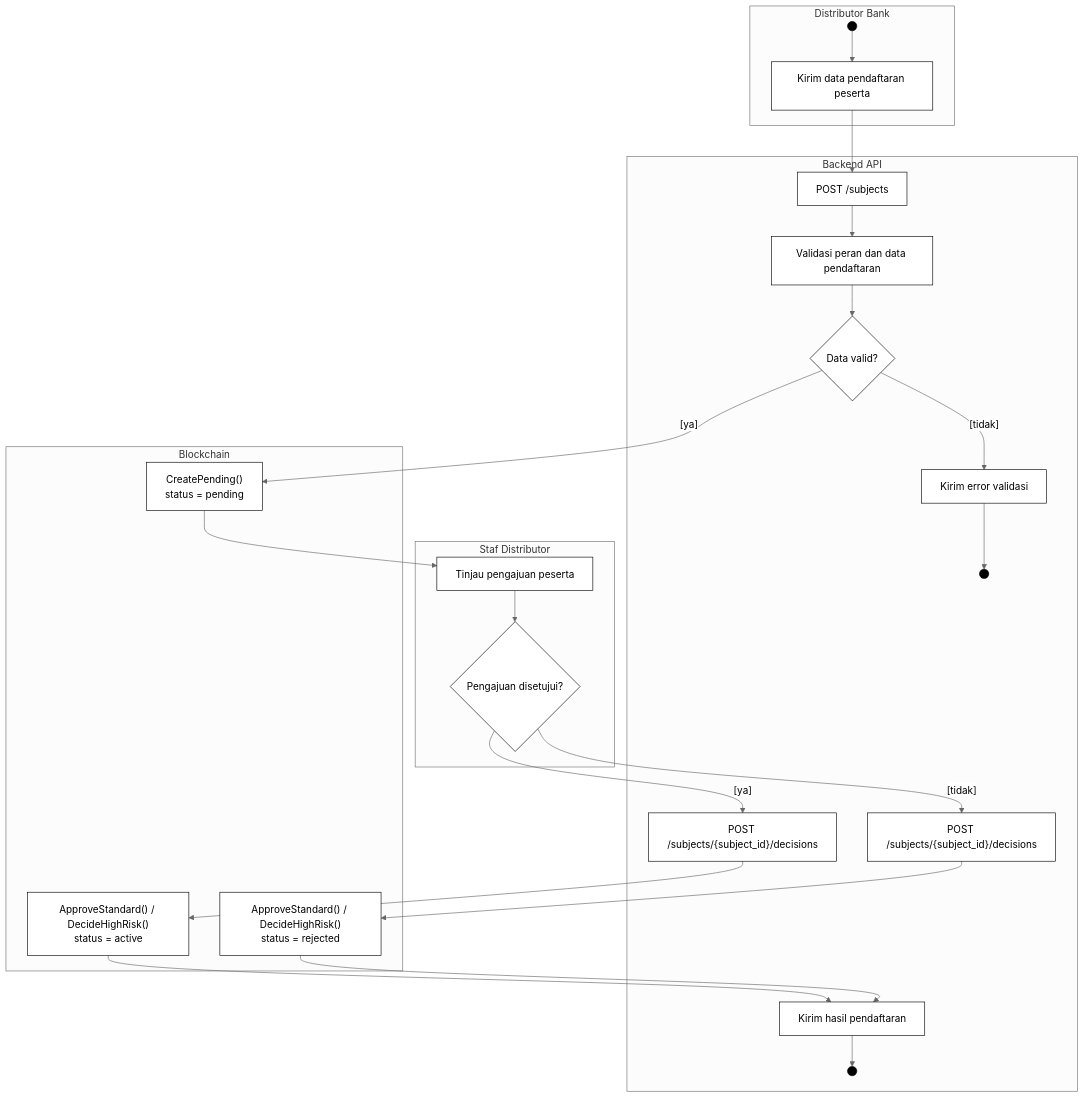
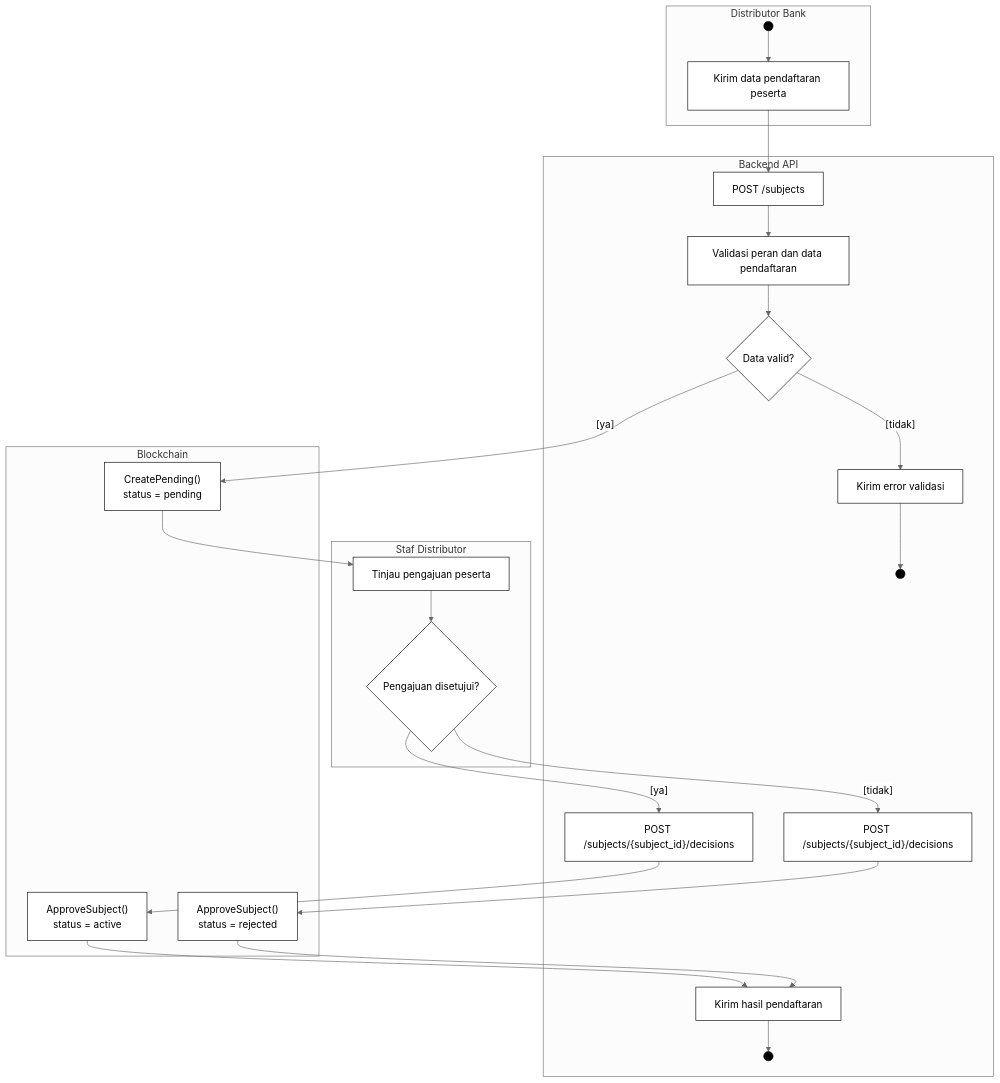
Before and after one commit to mfachrizalg/bi-coin: the first of 7 diagrams in bi-coin-fabric/docs/diagrams/mermaid/activity-diagrams.md, drawn with Mermaid (neutral theme). The commit also changed other lines of this file and 37 other files, not shown here.

````diff
--- a/bi-coin-fabric/docs/diagrams/mermaid/activity-diagrams.md
+++ b/bi-coin-fabric/docs/diagrams/mermaid/activity-diagrams.md
@@ -15,51 +15,51 @@
 ```mermaid
 flowchart TD
   classDef startend fill:#000,stroke:#000,color:#fff
   classDef action fill:#fff,stroke:#000,color:#000
   classDef decision fill:#fff,stroke:#000,color:#000
 
   subgraph lane_a [Distributor Bank]
     S1((" ")):::startend
     A1["Kirim data pendaftaran peserta"]:::action
   end
 
   subgraph lane_b [Backend API]
     A2["POST /subjects"]:::action
     A3["Validasi peran dan data pendaftaran"]:::action
     D1{"Data valid?"}:::decision
     A4["Kirim error validasi"]:::action
     E1a((" ")):::startend
     A5["POST /subjects/{subject_id}/decisions"]:::action
     A6["POST /subjects/{subject_id}/decisions"]:::action
     A7["Kirim hasil pendaftaran"]:::action
     E1b((" ")):::startend
   end
 
   subgraph lane_c [Blockchain]
     A8["CreatePending()<br>status = pending"]:::action
-    A9["ApproveStandard() / DecideHighRisk()<br>status = active"]:::action
-    A10["ApproveStandard() / DecideHighRisk()<br>status = rejected"]:::action
+    A9["ApproveSubject()<br>status = active"]:::action
+    A10["ApproveSubject()<br>status = rejected"]:::action
   end
 
   subgraph lane_d [Staf Distributor]
     A11["Tinjau pengajuan peserta"]:::action
     D2{"Pengajuan disetujui?"}:::decision
   end
 
   S1 --> A1
   A1 --> A2
   A2 --> A3
   A3 --> D1
   D1 -->|"[tidak]"| A4
   A4 --> E1a
   D1 -->|"[ya]"| A8
   A8 --> A11
   A11 --> D2
   D2 -->|"[ya]"| A5
   A5 --> A9
   A9 --> A7
   D2 -->|"[tidak]"| A6
   A6 --> A10
   A10 --> A7
   A7 --> E1b
 ```
````
